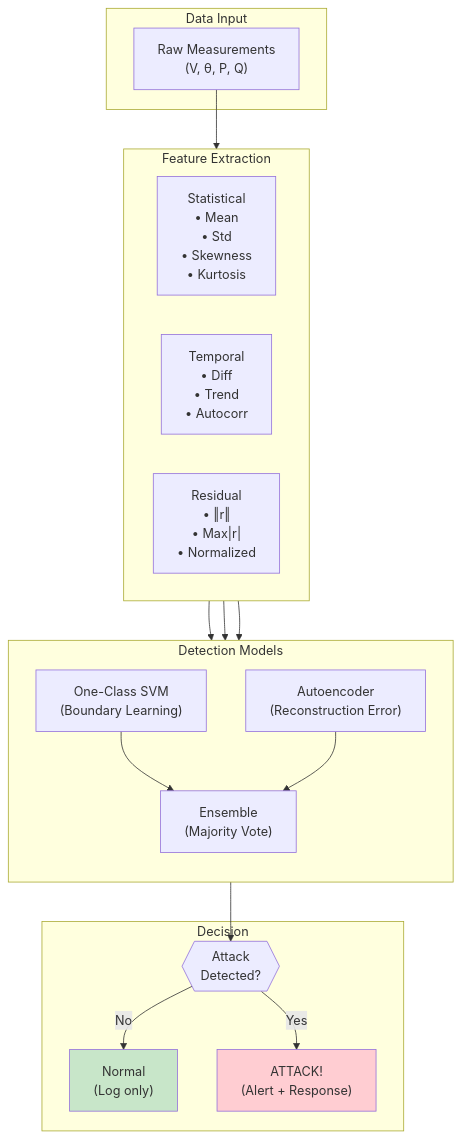
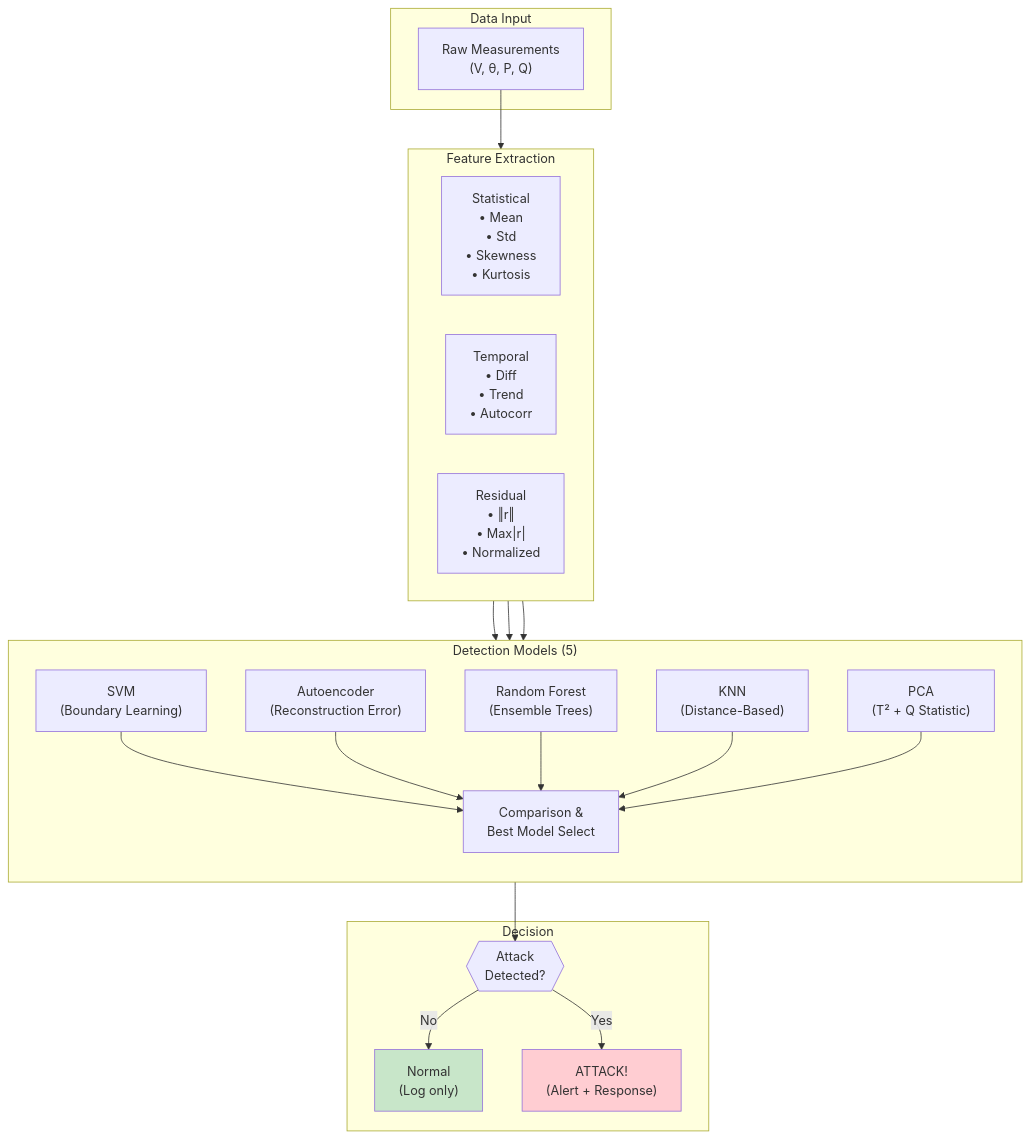
Before and after one commit to vanshitahujaa/FOG_PROJECT: the third of 8 diagrams in docs/ARCHITECTURE.md, drawn with Mermaid. The commit also changed other lines of this file and 8 other files, not shown here.

First line of the commit message:
feat: Production-grade overhaul — 5-model comparison pipeline, project report with FDIA math

````diff
--- a/docs/ARCHITECTURE.md
+++ b/docs/ARCHITECTURE.md
@@ -87,40 +87,46 @@
 ```mermaid
 flowchart TD
     subgraph Input["Data Input"]
         Raw["Raw Measurements\n(V, θ, P, Q)"]
     end
     
     subgraph Features["Feature Extraction"]
         direction LR
         Stat["Statistical\n• Mean\n• Std\n• Skewness\n• Kurtosis"]
         Temp["Temporal\n• Diff\n• Trend\n• Autocorr"]
         Res["Residual\n• ‖r‖\n• Max|r|\n• Normalized"]
     end
     
-    subgraph Models["Detection Models"]
+    subgraph Models["Detection Models (5)"]
         direction TB
-        SVM["One-Class SVM\n(Boundary Learning)"]
+        SVM["SVM\n(Boundary Learning)"]
         AE["Autoencoder\n(Reconstruction Error)"]
-        Ensemble["Ensemble\n(Majority Vote)"]
+        RF["Random Forest\n(Ensemble Trees)"]
+        KNN["KNN\n(Distance-Based)"]
+        PCA["PCA\n(T² + Q Statistic)"]
+        Ensemble["Comparison &\nBest Model Select"]
         
         SVM --> Ensemble
         AE --> Ensemble
+        RF --> Ensemble
+        KNN --> Ensemble
+        PCA --> Ensemble
     end
     
     subgraph Output["Decision"]
         Dec{{"Attack\nDetected?"}}
         Normal["Normal\n(Log only)"]
         Attack["ATTACK!\n(Alert + Response)"]
     end
     
     Raw --> Features
     Stat --> Models
     Temp --> Models
     Res --> Models
     Models --> Dec
     Dec -->|"No"| Normal
     Dec -->|"Yes"| Attack
     
     style Attack fill:#ffcdd2
     style Normal fill:#c8e6c9
 ```
````
